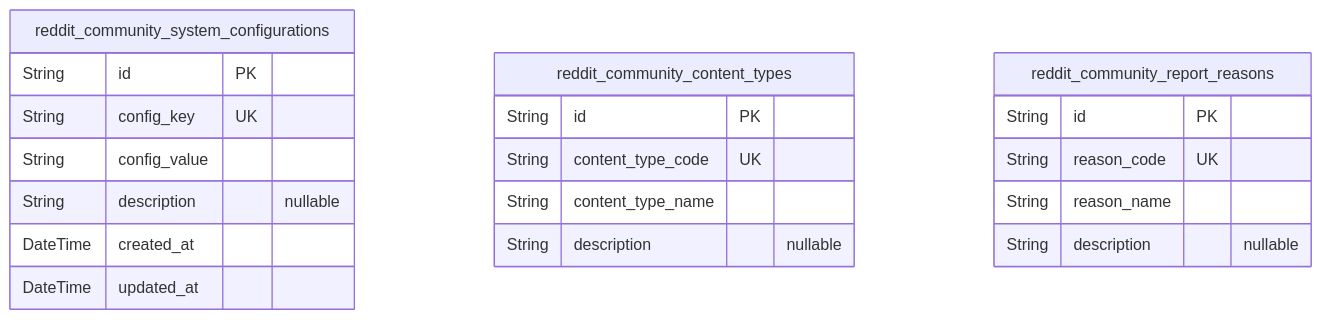
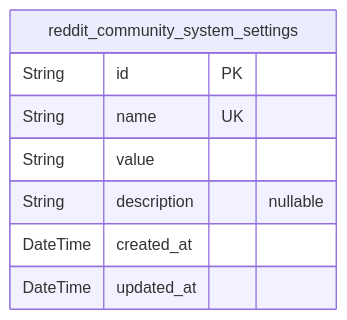
One commit to wrtnlabs/autobe-examples changed the first of 9 diagrams in openai/gpt-4.1-mini/reddit/docs/ERD.md. Above: the diagram before and after it, drawn with Mermaid. The commit also changed other lines of this file and 22498 other files, not shown here.

````diff
--- a/openai/gpt-4.1-mini/reddit/docs/ERD.md
+++ b/openai/gpt-4.1-mini/reddit/docs/ERD.md
@@ -16,23 +17,11 @@
 ```mermaid
 erDiagram
-"reddit_community_system_configurations" {
+"reddit_community_system_settings" {
   String id PK
-  String config_key UK
-  String config_value
+  String name UK
+  String value
   String description "nullable"
   DateTime created_at
   DateTime updated_at
 }
-"reddit_community_content_types" {
-  String id PK
-  String content_type_code UK
-  String content_type_name
-  String description "nullable"
-}
-"reddit_community_report_reasons" {
-  String id PK
-  String reason_code UK
-  String reason_name
-  String description "nullable"
-}
 ```
````
